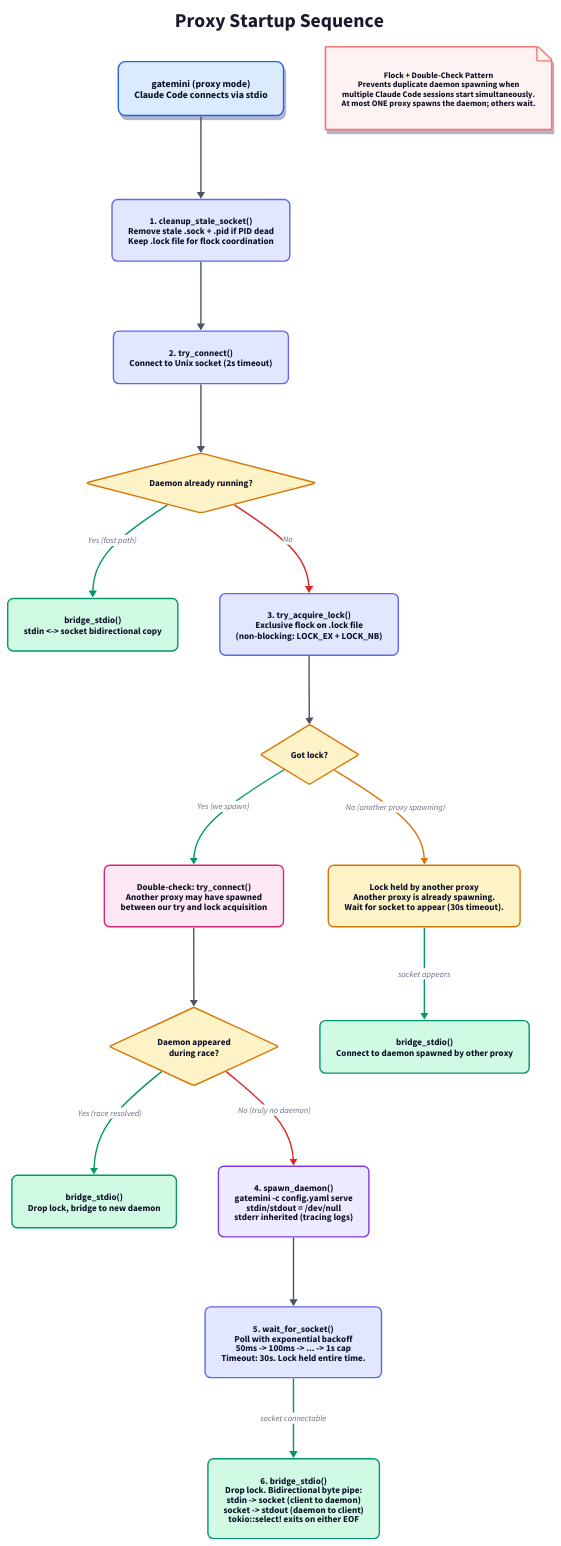
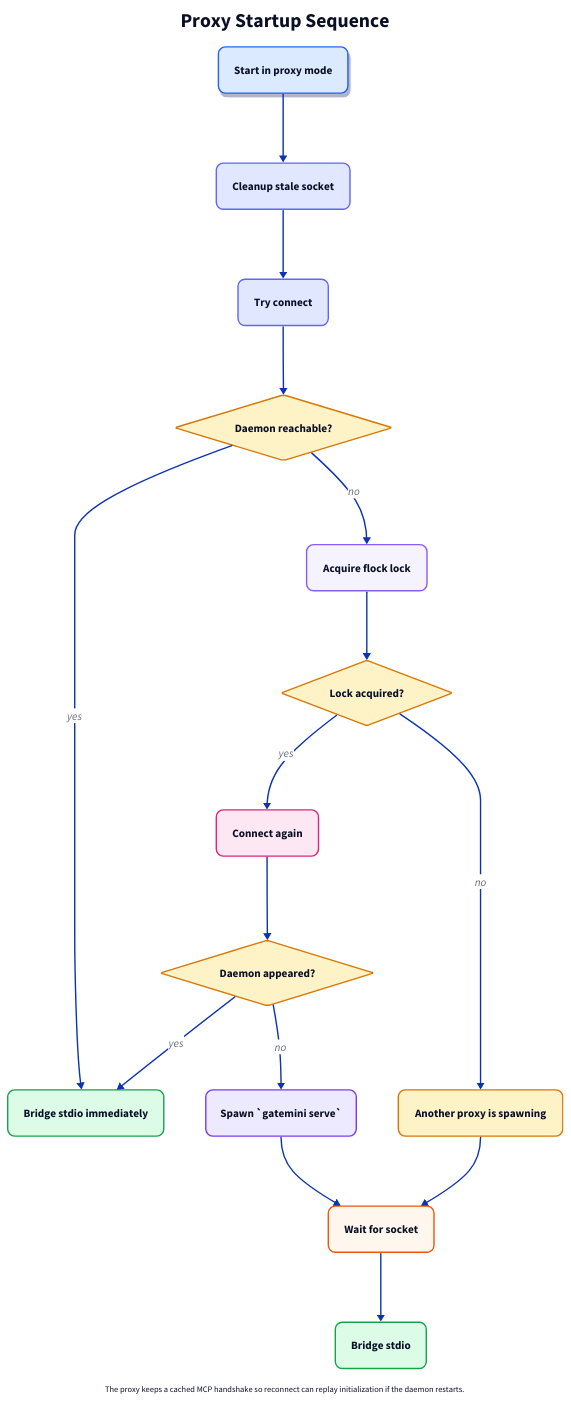
The diagram in docs/diagrams/proxy-startup.d2 (jonwraymond/PrismGate), drawn with D2 before and after one commit. The commit also changed 45 other files, not shown here.

```diff
--- a/docs/diagrams/proxy-startup.d2
+++ b/docs/diagrams/proxy-startup.d2
@@ -1,253 +1,110 @@
-# Proxy Startup Sequence
-# Shows the flock + double-check pattern to prevent duplicate daemon spawning
-
 direction: down
 
-title: {
-  label: Proxy Startup Sequence
+title: Proxy Startup Sequence {
+  shape: text
   near: top-center
-  shape: text
-  style: {
-    font-size: 28
-    bold: true
-    font-color: "#1a1a2e"
-  }
+  style.font-size: 28
+  style.bold: true
 }
 
-# --- Entry ---
-start: {
-  label: "gatemini (proxy mode)\nClaude Code connects via stdio"
-  shape: rectangle
-  style: {
-    fill: "#dbeafe"
-    stroke: "#2563eb"
-    border-radius: 10
-    shadow: true
-    font-size: 14
-    bold: true
-  }
+start: Start in proxy mode {
+  style.fill: "#DBEAFE"
+  style.stroke: "#2563EB"
+  style.border-radius: 10
+  style.shadow: true
 }
 
-# --- Step 1: Cleanup ---
-step1: {
-  label: "1. cleanup_stale_socket()\nRemove stale .sock + .pid if PID dead\nKeep .lock file for flock coordination"
-  shape: rectangle
-  style: {
-    fill: "#e0e7ff"
-    stroke: "#6366f1"
-    border-radius: 8
-    font-size: 13
-  }
+cleanup: Cleanup stale socket {
+  style.fill: "#E0E7FF"
+  style.stroke: "#6366F1"
+  style.border-radius: 10
 }
 
-# --- Step 2: Fast path ---
-step2: {
-  label: "2. try_connect()\nConnect to Unix socket (2s timeout)"
-  shape: rectangle
-  style: {
-    fill: "#e0e7ff"
-    stroke: "#6366f1"
-    border-radius: 8
-    font-size: 13
-  }
+connect: Try connect {
+  style.fill: "#E0E7FF"
+  style.stroke: "#6366F1"
+  style.border-radius: 10
 }
 
-daemon_running: {
-  label: "Daemon already running?"
+running: Daemon reachable? {
   shape: diamond
-  style: {
-    fill: "#fef3c7"
-    stroke: "#d97706"
-    border-radius: 4
-    font-size: 13
-    bold: true
-  }
+  style.fill: "#FEF3C7"
+  style.stroke: "#D97706"
 }
 
-# --- Fast path success ---
-bridge_fast: {
-  label: "bridge_stdio()\nstdin <-> socket bidirectional copy"
-  shape: rectangle
-  style: {
-    fill: "#d1fae5"
-    stroke: "#059669"
-    border-radius: 8
-    font-size: 13
-  }
+bridge_fast: Bridge stdio immediately {
+  style.fill: "#DCFCE7"
+  style.stroke: "#16A34A"
+  style.border-radius: 10
 }
 
-# --- Step 3: Lock ---
-step3: {
-  label: "3. try_acquire_lock()\nExclusive flock on .lock file\n(non-blocking: LOCK_EX + LOCK_NB)"
-  shape: rectangle
-  style: {
-    fill: "#e0e7ff"
-    stroke: "#6366f1"
-    border-radius: 8
-    font-size: 13
-  }
+lock: Acquire flock lock {
+  style.fill: "#F5F3FF"
+  style.stroke: "#8B5CF6"
+  style.border-radius: 10
 }
 
-got_lock: {
-  label: "Got lock?"
+won: Lock acquired? {
   shape: diamond
-  style: {
-    fill: "#fef3c7"
-    stroke: "#d97706"
-    border-radius: 4
-    font-size: 13
-    bold: true
-  }
+  style.fill: "#FEF3C7"
+  style.stroke: "#D97706"
 }
 
-# --- Lock acquired branch ---
-double_check: {
-  label: "Double-check: try_connect()\nAnother proxy may have spawned\nbetween our try and lock acquisition"
-  shape: rectangle
-  style: {
-    fill: "#fce7f3"
-    stroke: "#db2777"
-    border-radius: 8
-    font-size: 13
-  }
+double_check: Connect again {
+  style.fill: "#FCE7F3"
+  style.stroke: "#DB2777"
+  style.border-radius: 10
 }
 
-daemon_appeared: {
-  label: "Daemon appeared\nduring race?"
+race: Daemon appeared? {
   shape: diamond
-  style: {
-    fill: "#fef3c7"
-    stroke: "#d97706"
-    border-radius: 4
-    font-size: 13
-    bold: true
-  }
+  style.fill: "#FEF3C7"
+  style.stroke: "#D97706"
 }
 
-bridge_race: {
-  label: "bridge_stdio()\nDrop lock, bridge to new daemon"
-  shape: rectangle
-  style: {
-    fill: "#d1fae5"
-    stroke: "#059669"
-    border-radius: 8
-    font-size: 13
-  }
+spawn: Spawn `gatemini serve` {
+  style.fill: "#EDE9FE"
+  style.stroke: "#7C3AED"
+  style.border-radius: 10
 }
 
-# --- Step 4: Spawn ---
-step4: {
-  label: "4. spawn_daemon()\ngatemini -c config.yaml serve\nstdin/stdout = /dev/null\nstderr inherited (tracing logs)"
-  shape: rectangle
-  style: {
-    fill: "#ede9fe"
-    stroke: "#7c3aed"
-    border-radius: 8
-    font-size: 13
-  }
+wait: Wait for socket {
+  style.fill: "#FFF7ED"
+  style.stroke: "#EA580C"
+  style.border-radius: 10
 }
 
-# --- Step 5: Wait ---
-step5: {
-  label: "5. wait_for_socket()\nPoll with exponential backoff\n50ms -> 100ms -> ... -> 1s cap\nTimeout: 30s. Lock held entire time."
-  shape: rectangle
-  style: {
-    fill: "#e0e7ff"
-    stroke: "#6366f1"
-    border-radius: 8
-    font-size: 13
-  }
+bridge: Bridge stdio {
+  style.fill: "#DCFCE7"
+  style.stroke: "#16A34A"
+  style.border-radius: 10
+  style.bold: true
 }
 
-# --- Step 6: Bridge ---
-step6: {
-  label: "6. bridge_stdio()\nDrop lock. Bidirectional byte pipe:\nstdin -> socket (client to daemon)\nsocket -> stdout (daemon to client)\ntokio::select! exits on either EOF"
-  shape: rectangle
-  style: {
-    fill: "#d1fae5"
-    stroke: "#059669"
-    border-radius: 8
-    font-size: 13
-    bold: true
-  }
+other: Another proxy is spawning {
+  style.fill: "#FEF3C7"
+  style.stroke: "#D97706"
+  style.border-radius: 10
 }
 
-# --- Lock lost branch ---
-wait_other: {
-  label: "Lock held by another proxy\nAnother proxy is already spawning.\nWait for socket to appear (30s timeout)."
-  shape: rectangle
-  style: {
-    fill: "#fef3c7"
-    stroke: "#d97706"
-    border-radius: 8
-    font-size: 13
-  }
+start -> cleanup -> connect -> running
+running -> bridge_fast: yes
+running -> lock: no
+
+lock -> won
+won -> double_check: yes
+won -> other: no
+
+double_check -> race
+race -> bridge_fast: yes
+race -> spawn: no
+
+spawn -> wait -> bridge
+other -> wait
+
+note: |md
+  The proxy keeps a cached MCP handshake so reconnect can replay initialization if the daemon restarts.
+| {
+  near: bottom-center
+  style.font-size: 12
 }
-
-bridge_wait: {
-  label: "bridge_stdio()\nConnect to daemon spawned by other proxy"
-  shape: rectangle
-  style: {
-    fill: "#d1fae5"
-    stroke: "#059669"
-    border-radius: 8
-    font-size: 13
-  }
-}
-
-# --- Connections ---
-start -> step1: {
-  style: { stroke: "#4b5563"; stroke-width: 2 }
-}
-step1 -> step2: {
-  style: { stroke: "#4b5563"; stroke-width: 2 }
-}
-step2 -> daemon_running: {
-  style: { stroke: "#4b5563"; stroke-width: 2 }
-}
-daemon_running -> bridge_fast: "Yes (fast path)" {
-  style: { stroke: "#059669"; stroke-width: 2; font-size: 12 }
-}
-daemon_running -> step3: "No" {
-  style: { stroke: "#dc2626"; stroke-width: 2; font-size: 12 }
-}
-step3 -> got_lock: {
-  style: { stroke: "#4b5563"; stroke-width: 2 }
-}
-got_lock -> double_check: "Yes (we spawn)" {
-  style: { stroke: "#059669"; stroke-width: 2; font-size: 12 }
-}
-got_lock -> wait_other: "No (another proxy spawning)" {
-  style: { stroke: "#d97706"; stroke-width: 2; font-size: 12 }
-}
-double_check -> daemon_appeared: {
-  style: { stroke: "#4b5563"; stroke-width: 2 }
-}
-daemon_appeared -> bridge_race: "Yes (race resolved)" {
-  style: { stroke: "#059669"; stroke-width: 2; font-size: 12 }
-}
-daemon_appeared -> step4: "No (truly no daemon)" {
-  style: { stroke: "#dc2626"; stroke-width: 2; font-size: 12 }
-}
-step4 -> step5: {
-  style: { stroke: "#4b5563"; stroke-width: 2 }
-}
-step5 -> step6: "socket connectable" {
-  style: { stroke: "#059669"; stroke-width: 2; font-size: 12 }
-}
-wait_other -> bridge_wait: "socket appears" {
-  style: { stroke: "#059669"; stroke-width: 2; font-size: 12 }
-}
-
-# --- Race prevention note ---
-race_note: {
-  label: "Flock + Double-Check Pattern\nPrevents duplicate daemon spawning when\nmultiple Claude Code sessions start simultaneously.\nAt most ONE proxy spawns the daemon; others wait."
-  shape: page
-  style: {
-    fill: "#fef2f2"
-    stroke: "#f87171"
-    border-radius: 8
-    font-size: 12
-    shadow: true
-  }
-}
```
